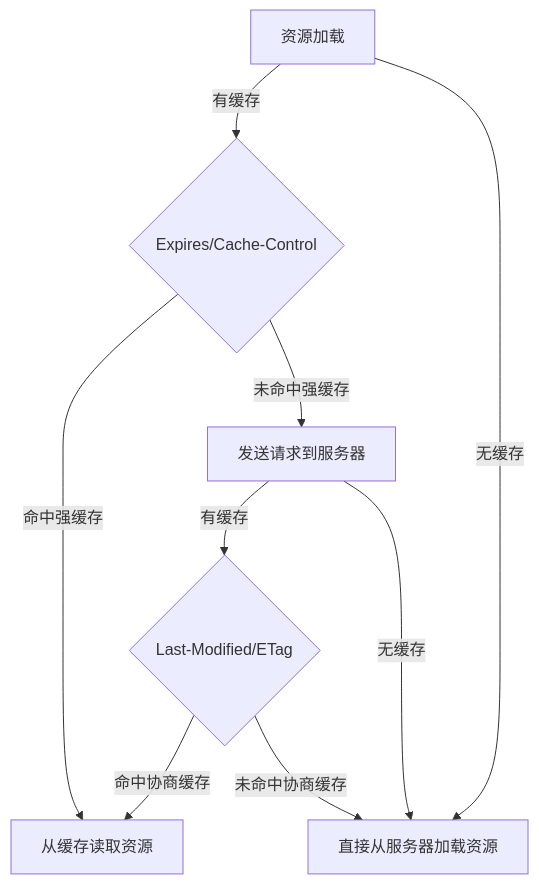
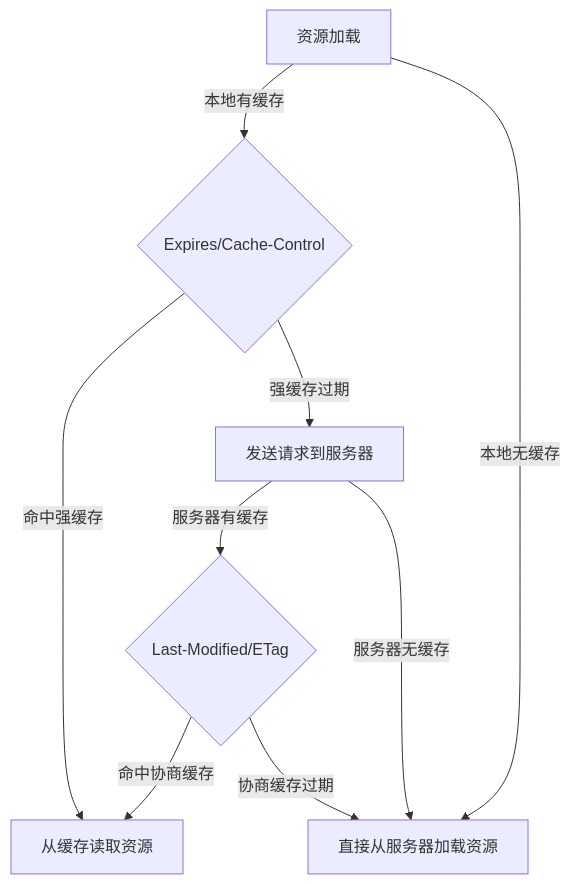
One commit to escapeWu/knowledge-base changed the diagram in src/site/notes/01-frontend/network/net-cache.md. Above: the diagram before and after it, drawn with Mermaid. The commit also changed other lines of this file, not shown here.

Commit message:
Update content src/site/notes/01-frontend/network/net-cache.md

````diff
--- a/src/site/notes/01-frontend/network/net-cache.md
+++ b/src/site/notes/01-frontend/network/net-cache.md
@@ -6,11 +6,11 @@
 ```mermaid
 graph TD
-    A[资源加载] -->|有缓存| B{Expires/Cache-Control}
-    A -->|无缓存| D[发送请求到服务器]
+    A[资源加载] -->|本地有缓存| B{Expires/Cache-Control}
+    A -->|本地无缓存| D[发送请求到服务器]
     B -->|命中强缓存| E[从缓存读取资源]
-    B -->|未命中强缓存| C[发送请求到服务器]
-    C -->|有缓存| F{Last-Modified/ETag}
-    C -->|无缓存| D[直接从服务器加载资源]
+    B -->|强缓存过期| C[发送请求到服务器]
+    C -->|服务器有缓存| F{Last-Modified/ETag}
+    C -->|服务器无缓存| D[直接从服务器加载资源]
     F -->|命中协商缓存| E[从缓存读取资源]
-    F -->|未命中协商缓存| D[直接从服务器加载资源]
+    F -->|协商缓存过期| D[直接从服务器加载资源]
 ```
````
